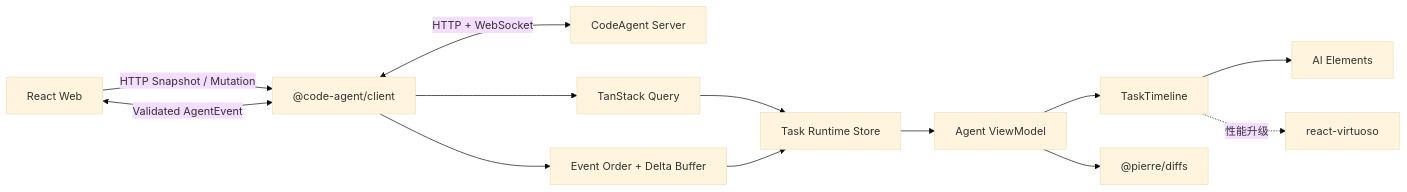
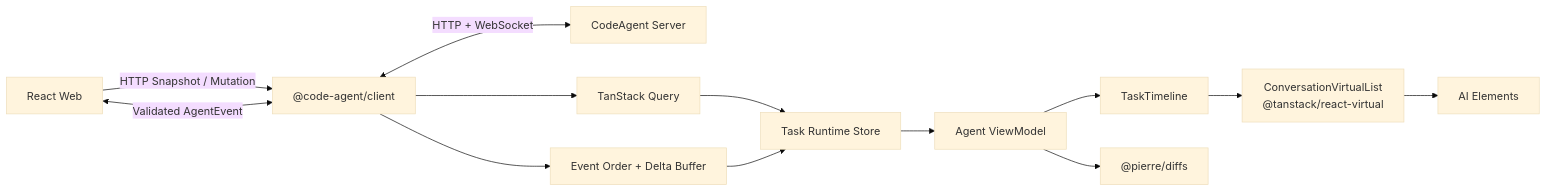
One commit to BryanHoo/CodeAgent changed the first of 2 diagrams in docs/web-design.md. Above: the diagram before and after it, drawn with Mermaid (base theme). The commit also changed other lines of this file and 10 other files, not shown here.

First line of the commit message:
feat(timeline): 按 Turn 虚拟化长会话内容

````diff
--- a/docs/web-design.md
+++ b/docs/web-design.md
@@ -97,17 +97,17 @@
 ```mermaid
 flowchart LR
     Browser["React Web"] -->|"HTTP Snapshot / Mutation"| Client["@code-agent/client"]
     Browser <-->|"Validated AgentEvent"| Client
     Client <-->|"HTTP + WebSocket"| Server["CodeAgent Server"]
 
     Query["TanStack Query"] --> Runtime["Task Runtime Store"]
     Client --> Query
     Client --> Buffer["Event Order + Delta Buffer"]
     Buffer --> Runtime
 
     Runtime --> VM["Agent ViewModel"]
     VM --> Timeline["TaskTimeline"]
-    Timeline --> Elements["AI Elements"]
-    Timeline -. "性能升级" .-> Virtuoso["react-virtuoso"]
+    Timeline --> VirtualList["ConversationVirtualList<br/>@tanstack/react-virtual"]
+    VirtualList --> Elements["AI Elements"]
     VM --> Diff["@pierre/diffs"]
 ```
````
